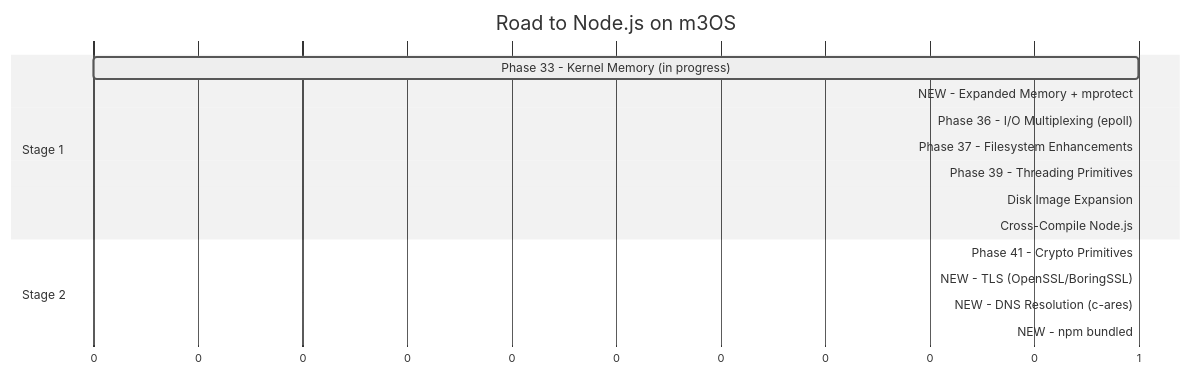
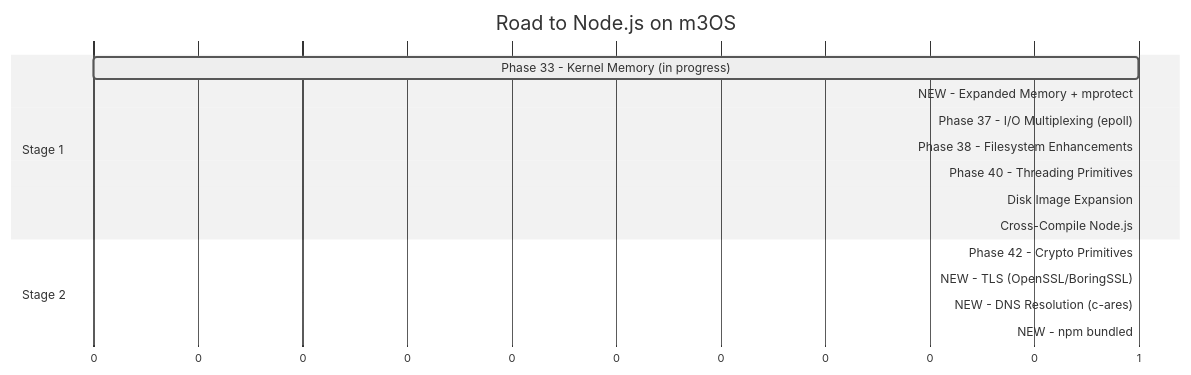
The fifth of 5 diagrams in docs/nodejs-roadmap.md (mikecubed/m3OS), drawn with Mermaid (neutral theme) before and after one commit. The commit also changed other lines of this file and 34 other files, not shown here.

````diff
--- a/docs/nodejs-roadmap.md
+++ b/docs/nodejs-roadmap.md
@@ -426,21 +426,21 @@
 ```mermaid
 gantt
     title Road to Node.js on m3OS
     dateFormat X
     axisFormat %s
 
     section Stage 1
     Phase 33 - Kernel Memory (in progress)     :active, p33, 0, 1
     NEW - Expanded Memory + mprotect           :crit, em, after p33, 1
-    Phase 36 - I/O Multiplexing (epoll)        :crit, p36, after em, 1
-    Phase 37 - Filesystem Enhancements         :p37, after em, 1
-    Phase 39 - Threading Primitives            :crit, p39, after p36, 1
+    Phase 37 - I/O Multiplexing (epoll)        :crit, p36, after em, 1
+    Phase 38 - Filesystem Enhancements         :p37, after em, 1
+    Phase 40 - Threading Primitives            :crit, p39, after p36, 1
     Disk Image Expansion                       :di, after p39, 1
     Cross-Compile Node.js                      :cc, after di, 1
 
     section Stage 2
-    Phase 41 - Crypto Primitives               :p41, after cc, 1
+    Phase 42 - Crypto Primitives               :p41, after cc, 1
     NEW - TLS (OpenSSL/BoringSSL)              :crit, tls, after p41, 1
     NEW - DNS Resolution (c-ares)              :dns, after tls, 1
     NEW - npm bundled                          :npm, after dns, 1
 ```
````
